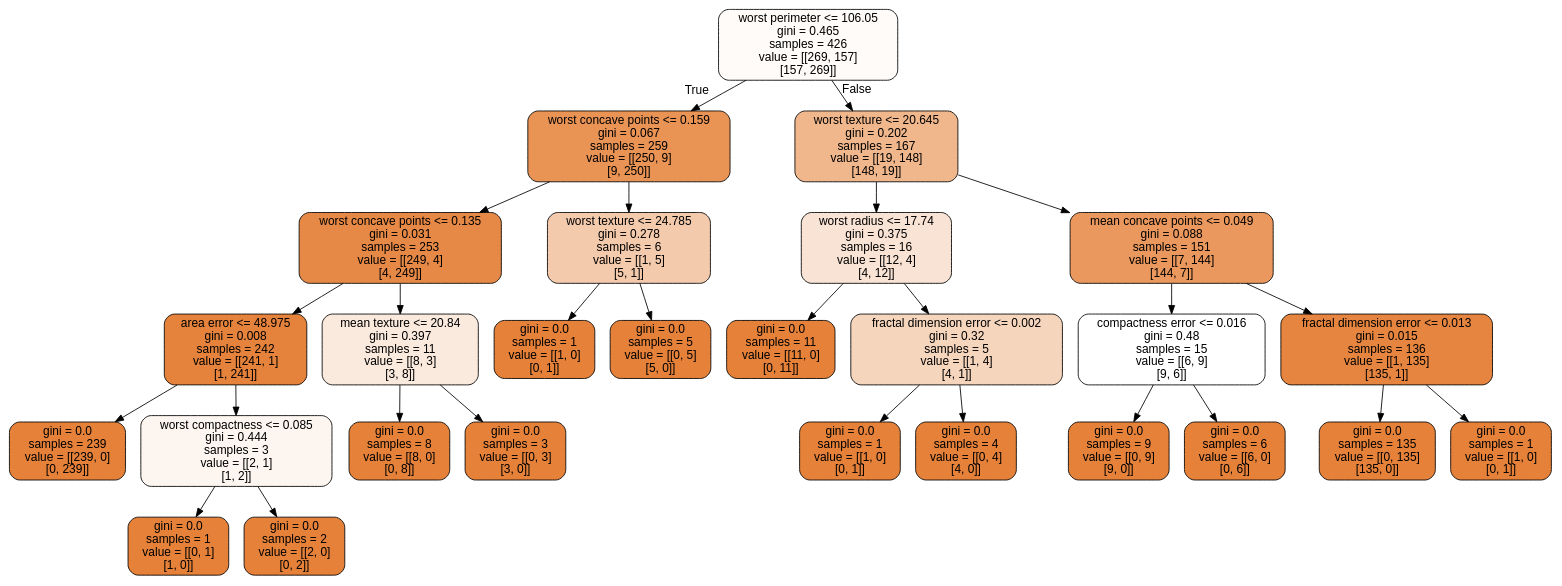
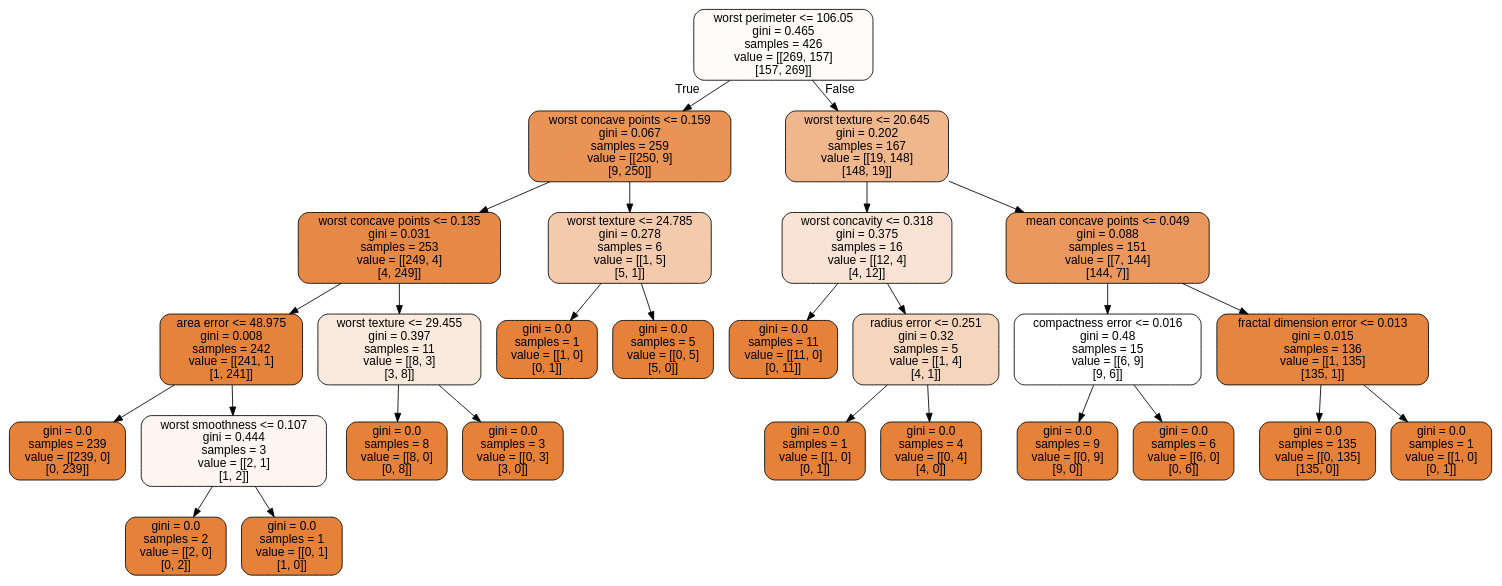
Before and after one commit to CompPhysics/MachineLearning: the diagram in doc/LectureNotes/DataFiles/cancer.dot, drawn with Graphviz. The commit also changed 141 other files, not shown here.

```diff
--- a/doc/LectureNotes/DataFiles/cancer.dot
+++ b/doc/LectureNotes/DataFiles/cancer.dot
@@ -1,57 +1,57 @@
 digraph Tree {
 node [shape=box, style="filled, rounded", color="black", fontname="helvetica"] ;
 edge [fontname="helvetica"] ;
 0 [label="worst perimeter <= 106.05\ngini = 0.465\nsamples = 426\nvalue = [[269, 157]\n[157, 269]]", fillcolor="#fefbf9"] ;
 1 [label="worst concave points <= 0.159\ngini = 0.067\nsamples = 259\nvalue = [[250, 9]\n[9, 250]]", fillcolor="#e99355"] ;
 0 -> 1 [labeldistance=2.5, labelangle=45, headlabel="True"] ;
 2 [label="worst concave points <= 0.135\ngini = 0.031\nsamples = 253\nvalue = [[249, 4]\n[4, 249]]", fillcolor="#e78946"] ;
 1 -> 2 ;
 3 [label="area error <= 48.975\ngini = 0.008\nsamples = 242\nvalue = [[241, 1]\n[1, 241]]", fillcolor="#e5833c"] ;
 2 -> 3 ;
 4 [label="gini = 0.0\nsamples = 239\nvalue = [[239, 0]\n[0, 239]]", fillcolor="#e58139"] ;
 3 -> 4 ;
-5 [label="worst compactness <= 0.085\ngini = 0.444\nsamples = 3\nvalue = [[2, 1]\n[1, 2]]", fillcolor="#fdf6f0"] ;
+5 [label="worst smoothness <= 0.107\ngini = 0.444\nsamples = 3\nvalue = [[2, 1]\n[1, 2]]", fillcolor="#fdf6f0"] ;
 3 -> 5 ;
-6 [label="gini = 0.0\nsamples = 1\nvalue = [[0, 1]\n[1, 0]]", fillcolor="#e58139"] ;
+6 [label="gini = 0.0\nsamples = 2\nvalue = [[2, 0]\n[0, 2]]", fillcolor="#e58139"] ;
 5 -> 6 ;
-7 [label="gini = 0.0\nsamples = 2\nvalue = [[2, 0]\n[0, 2]]", fillcolor="#e58139"] ;
+7 [label="gini = 0.0\nsamples = 1\nvalue = [[0, 1]\n[1, 0]]", fillcolor="#e58139"] ;
 5 -> 7 ;
-8 [label="mean texture <= 20.84\ngini = 0.397\nsamples = 11\nvalue = [[8, 3]\n[3, 8]]", fillcolor="#fae9dd"] ;
+8 [label="worst texture <= 29.455\ngini = 0.397\nsamples = 11\nvalue = [[8, 3]\n[3, 8]]", fillcolor="#fae9dd"] ;
 2 -> 8 ;
 9 [label="gini = 0.0\nsamples = 8\nvalue = [[8, 0]\n[0, 8]]", fillcolor="#e58139"] ;
 8 -> 9 ;
 10 [label="gini = 0.0\nsamples = 3\nvalue = [[0, 3]\n[3, 0]]", fillcolor="#e58139"] ;
 8 -> 10 ;
 11 [label="worst texture <= 24.785\ngini = 0.278\nsamples = 6\nvalue = [[1, 5]\n[5, 1]]", fillcolor="#f4caac"] ;
 1 -> 11 ;
 12 [label="gini = 0.0\nsamples = 1\nvalue = [[1, 0]\n[0, 1]]", fillcolor="#e58139"] ;
 11 -> 12 ;
 13 [label="gini = 0.0\nsamples = 5\nvalue = [[0, 5]\n[5, 0]]", fillcolor="#e58139"] ;
 11 -> 13 ;
 14 [label="worst texture <= 20.645\ngini = 0.202\nsamples = 167\nvalue = [[19, 148]\n[148, 19]]", fillcolor="#f0b68c"] ;
 0 -> 14 [labeldistance=2.5, labelangle=-45, headlabel="False"] ;
-15 [label="worst radius <= 17.74\ngini = 0.375\nsamples = 16\nvalue = [[12, 4]\n[4, 12]]", fillcolor="#f9e3d4"] ;
+15 [label="worst concavity <= 0.318\ngini = 0.375\nsamples = 16\nvalue = [[12, 4]\n[4, 12]]", fillcolor="#f9e3d4"] ;
 14 -> 15 ;
 16 [label="gini = 0.0\nsamples = 11\nvalue = [[11, 0]\n[0, 11]]", fillcolor="#e58139"] ;
 15 -> 16 ;
-17 [label="fractal dimension error <= 0.002\ngini = 0.32\nsamples = 5\nvalue = [[1, 4]\n[4, 1]]", fillcolor="#f6d5bd"] ;
+17 [label="radius error <= 0.251\ngini = 0.32\nsamples = 5\nvalue = [[1, 4]\n[4, 1]]", fillcolor="#f6d5bd"] ;
 15 -> 17 ;
 18 [label="gini = 0.0\nsamples = 1\nvalue = [[1, 0]\n[0, 1]]", fillcolor="#e58139"] ;
 17 -> 18 ;
 19 [label="gini = 0.0\nsamples = 4\nvalue = [[0, 4]\n[4, 0]]", fillcolor="#e58139"] ;
 17 -> 19 ;
 20 [label="mean concave points <= 0.049\ngini = 0.088\nsamples = 151\nvalue = [[7, 144]\n[144, 7]]", fillcolor="#ea985d"] ;
 14 -> 20 ;
 21 [label="compactness error <= 0.016\ngini = 0.48\nsamples = 15\nvalue = [[6, 9]\n[9, 6]]", fillcolor="#ffffff"] ;
 20 -> 21 ;
 22 [label="gini = 0.0\nsamples = 9\nvalue = [[0, 9]\n[9, 0]]", fillcolor="#e58139"] ;
 21 -> 22 ;
 23 [label="gini = 0.0\nsamples = 6\nvalue = [[6, 0]\n[0, 6]]", fillcolor="#e58139"] ;
 21 -> 23 ;
 24 [label="fractal dimension error <= 0.013\ngini = 0.015\nsamples = 136\nvalue = [[1, 135]\n[135, 1]]", fillcolor="#e6853f"] ;
 20 -> 24 ;
 25 [label="gini = 0.0\nsamples = 135\nvalue = [[0, 135]\n[135, 0]]", fillcolor="#e58139"] ;
 24 -> 25 ;
 26 [label="gini = 0.0\nsamples = 1\nvalue = [[1, 0]\n[0, 1]]", fillcolor="#e58139"] ;
 24 -> 26 ;
 }
```
